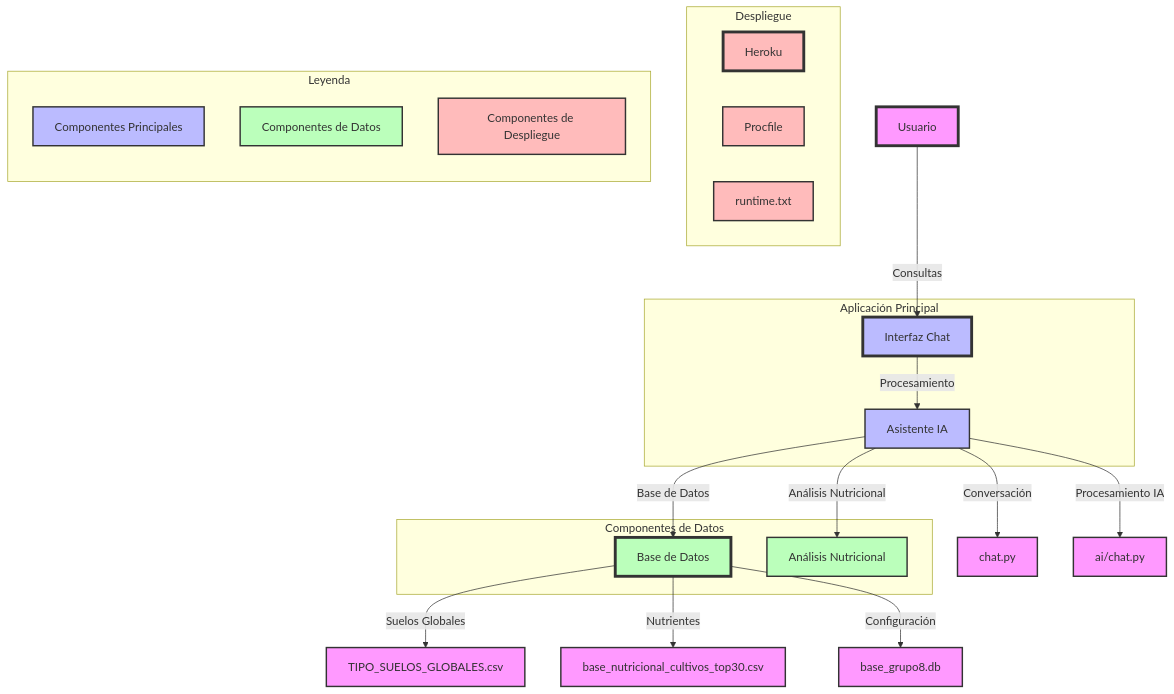
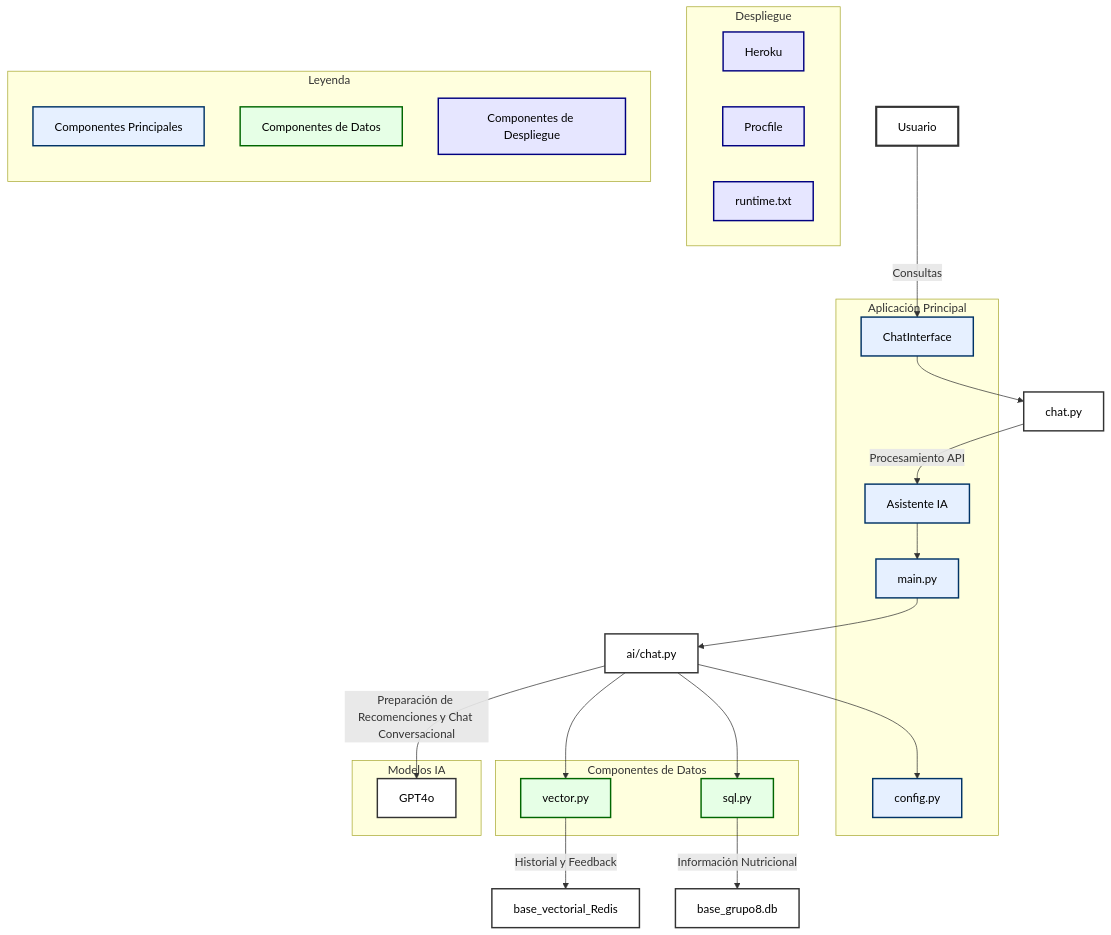
One commit to mbYTeGithub/Grupo8 changed the diagram in architecture.md. Above: the diagram before and after it, drawn with Mermaid.

````diff
--- a/architecture.md
+++ b/architecture.md
@@ -1,63 +1,68 @@
 ```mermaid
 graph TD
     %% Nodes
-    User[Usuario] -->|Consultas| ChatInterface[Interfaz Chat]
-    ChatInterface -->|Procesamiento| AIAssistant[Asistente IA]
-    AIAssistant -->|Base de Datos| Database[Base de Datos]
-    AIAssistant -->|Análisis Nutricional| NutrientAnalysis[Análisis Nutricional]
-    
+    User[Usuario] -->|Consultas| ChatInterface
+    ChatInterface --> ChatLogic[chat.py]
+    ChatLogic[chat.py] -->|Procesamiento API| AIAssistant[Asistente IA]
+    AIAssistant[Asistente IA] --> EntryPoint[main.py]
+    EntryPoint[main.py] --> AILogic[ai/chat.py]
+    AILogic[ai/chat.py] --> AppConfig[config.py]
+    AILogic[ai/chat.py] --> VectorProcessor[vector.py]
+    AILogic[ai/chat.py] --> SQLModule[sql.py]
+    AILogic[ai/chat.py] -->|Preparación de Recomenciones y Chat Conversacional| OpenAI[GPT4o]
+
     %% Subgraphs
     subgraph Aplicación Principal
         ChatInterface
         AIAssistant
+        EntryPoint[main.py]
+        AppConfig[config.py]
     end
-    
+
     subgraph Componentes de Datos
-        Database
-        NutrientAnalysis
+        SQLModule[sql.py]
+        VectorProcessor[vector.py]
     end
-    
+
+    subgraph Modelos IA
+        OpenAI[GPT4o]
+    end
+
     %% Database Details
-    Database -->|Suelos Globales| SoilData[TIPO_SUELOS_GLOBALES.csv]
-    Database -->|Nutrientes| NutrientData[base_nutricional_cultivos_top30.csv]
-    Database -->|Configuración| Config[base_grupo8.db]
-    
-    %% AI Components
-    AIAssistant -->|Conversación| ChatLogic[chat.py]
-    AIAssistant -->|Procesamiento IA| AILogic[ai/chat.py]
-    
+    SQLModule[sql.py] -->|Información Nutricional| Config[base_grupo8.db]
+    VectorProcessor[vector.py] -->|Historial y Feedback| Confíg[base_vectorial_Redis]
+
+
     %% Deployment
     subgraph Despliegue
         Heroku[Heroku]
         Procfile[Procfile]
         Runtime[runtime.txt]
     end
-    
+
     %% Styling
-    classDef default fill:#f9f,stroke:#333,stroke-width:2px
-    classDef primary fill:#bbf,stroke:#333,stroke-width:2px
-    classDef data fill:#bfb,stroke:#333,stroke-width:2px
-    classDef deployment fill:#fbb,stroke:#333,stroke-width:2px
-    
-    class User,ChatInterface,AIAssistant primary
-    class Database,NutrientAnalysis data
+    classDef default fill:#ffffff,stroke:#333333,stroke-width:2px,color:#000000
+    classDef primary fill:#e6f0ff,stroke:#003366,stroke-width:2px,color:#000000
+    classDef data fill:#e6ffe6,stroke:#006600,stroke-width:2px,color:#000000
+    classDef deployment fill:#e6e6ff,stroke:#000080,stroke-width:2px,color:#000000
+    classDef model fill:#fff0e6,stroke:#cc6600,stroke-width:2px,color:#000000
+
+    class User,ChatInterface,AIAssistant,EntryPoint,AppConfig primary
+    class SQLModule,VectorProcessor data
     class Heroku,Procfile,Runtime deployment
-    
+
     %% Legend
     subgraph Leyenda
         direction TB
         Primary[Componentes Principales]
         Data[Componentes de Datos]
         Deployment[Componentes de Despliegue]
     end
-    
+
     class Primary primary
     class Data data
     class Deployment deployment
-    
+
     %% Connections
-    style User fill:#f9f,stroke:#333,stroke-width:4px
-    style ChatInterface fill:#bbf,stroke:#333,stroke-width:4px
-    style Database fill:#bfb,stroke:#333,stroke-width:4px
-    style Heroku fill:#fbb,stroke:#333,stroke-width:4px
+    style User fill:#ffffff,stroke:#333333,stroke-width:3px,color:#000000
 ```
````
